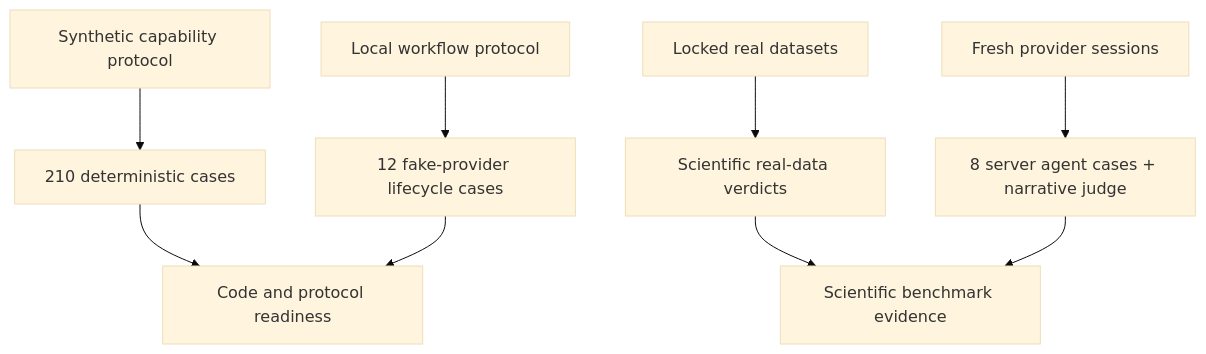
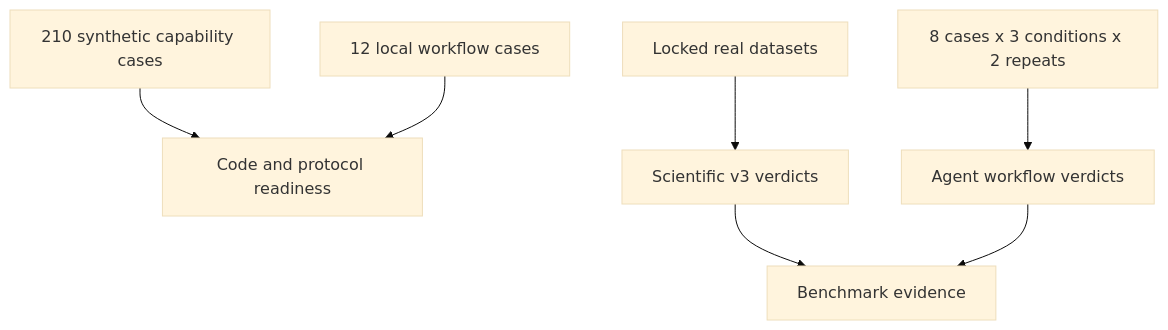
The second of 2 diagrams in README.md (cyclization-w/Pertura), drawn with Mermaid (base theme) before and after one commit. The commit also changed other lines of this file and 310 other files, not shown here.

````diff
--- a/README.md
+++ b/README.md
@@ -184,11 +161,9 @@
 ```mermaid
 flowchart TD
-    S["Synthetic capability protocol"] --> C["210 deterministic cases"]
-    W["Local workflow protocol"] --> L["12 fake-provider lifecycle cases"]
-    D["Locked real datasets"] --> R["Scientific real-data verdicts"]
-    A["Fresh provider sessions"] --> G["8 server agent cases + narrative judge"]
-    C --> Q["Code and protocol readiness"]
-    L --> Q
-    R --> Z["Scientific benchmark evidence"]
-    G --> Z
+    S["210 synthetic capability cases"] --> C["Code and protocol readiness"]
+    L["12 local workflow cases"] --> C
+    D["Locked real datasets"] --> R["Scientific v3 verdicts"]
+    A["8 cases x 3 conditions x 2 repeats"] --> W["Agent workflow verdicts"]
+    R --> B["Benchmark evidence"]
+    W --> B
 ```
````
